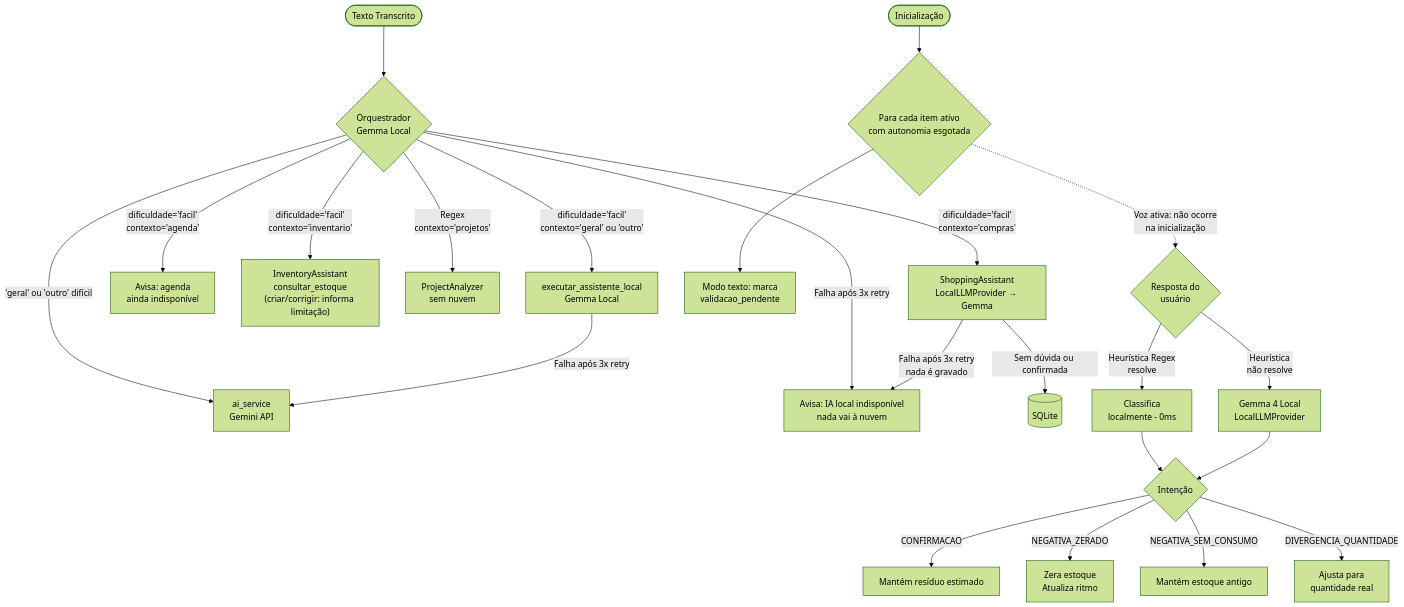
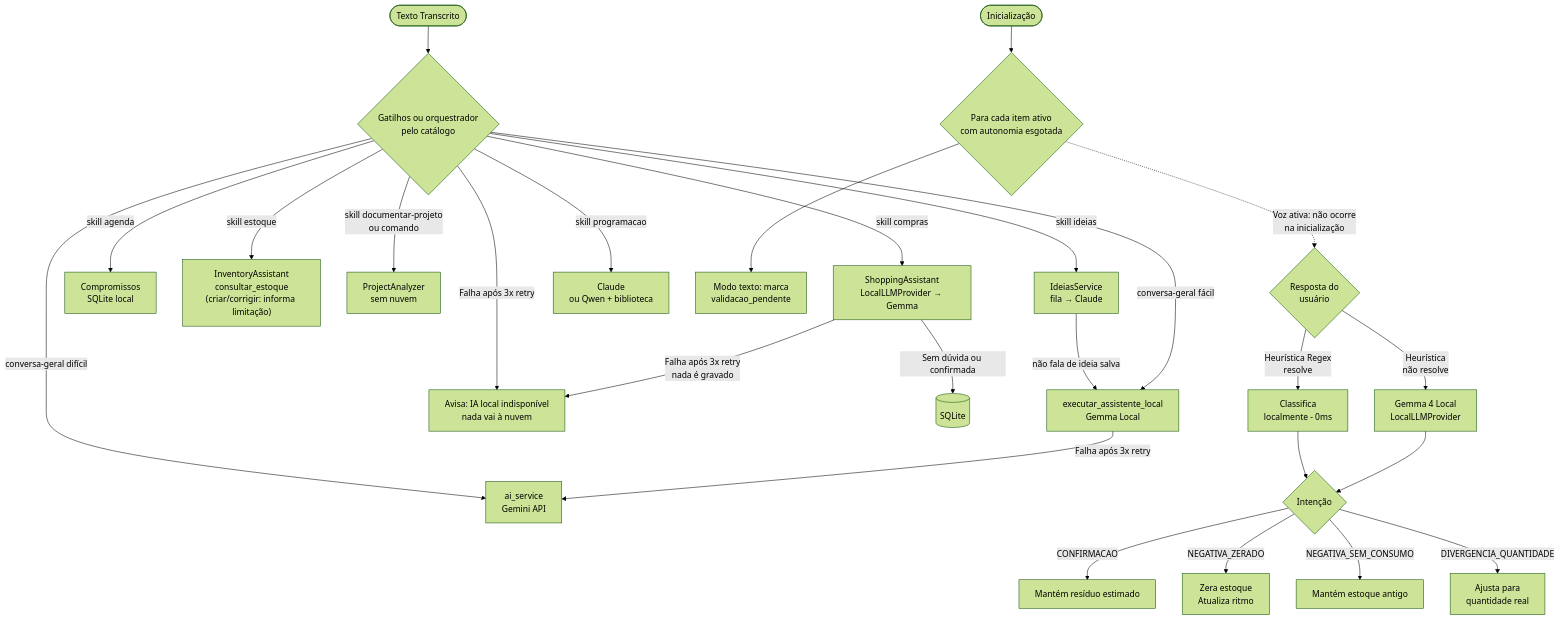
One commit to Felipe-Stu/assistente-domestico changed the sixth of 6 diagrams in Sobre a Versão/05 - Engenharia do Software.md. Above: the diagram before and after it, drawn with Mermaid (forest theme). The commit also changed other lines of this file and 7 other files, not shown here.

````diff
--- a/Sobre a Versão/05 - Engenharia do Software.md
+++ b/Sobre a Versão/05 - Engenharia do Software.md
@@ -220,28 +280,31 @@
 ```mermaid
 flowchart TD
-    START([Texto Transcrito]) --> ORCH{Orquestrador\nGemma Local}
+    START([Texto Transcrito]) --> ORCH{Gatilhos ou orquestrador\npelo catálogo}
 
-    ORCH -->|dificuldade='facil'\ncontexto='compras'| COMP[ShoppingAssistant\nLocalLLMProvider → Gemma]
-    ORCH -->|dificuldade='facil'\ncontexto='agenda'| AGENDA[Avisa: agenda\nainda indisponível]
-    ORCH -->|dificuldade='facil'\ncontexto='inventario'| INVENT["InventoryAssistant\nconsultar_estoque\n(criar/corrigir: informa limitação)"]
-    ORCH -->|Regex\ncontexto='projetos'| PROJ[ProjectAnalyzer\nsem nuvem]
-    ORCH -->|dificuldade='facil'\ncontexto='geral' ou 'outro'| OUTRO[executar_assistente_local\nGemma Local]
-    ORCH -->|'geral' ou 'outro' difícil| NUVEM[ai_service\nGemini API]
+    ORCH -->|skill compras| COMP[ShoppingAssistant\nLocalLLMProvider → Gemma]
+    ORCH -->|skill agenda| AGENDA[Compromissos\nSQLite local]
+    ORCH -->|skill estoque| INVENT["InventoryAssistant\nconsultar_estoque\n(criar/corrigir: informa limitação)"]
+    ORCH -->|skill documentar-projeto\nou comando| PROJ[ProjectAnalyzer\nsem nuvem]
+    ORCH -->|skill ideias| IDEIA[IdeiasService\nfila → Claude]
+    IDEIA -->|não fala de ideia salva| OUTRO
+    ORCH -->|skill programacao| PROG[Claude\nou Qwen + biblioteca]
+    ORCH -->|conversa-geral fácil| OUTRO[executar_assistente_local\nGemma Local]
+    ORCH -->|conversa-geral difícil| NUVEM[ai_service\nGemini API]
     ORCH -->|Falha após 3x retry| AVISO[Avisa: IA local indisponível\nnada vai à nuvem]
     OUTRO -->|Falha após 3x retry| NUVEM
 
     COMP -->|Sem dúvida ou confirmada| DB[(SQLite)]
     COMP -->|Falha após 3x retry\nnada é gravado| AVISO
 
     INVENTORY_INIT([Inicialização]) --> VARR{Para cada item ativo\ncom autonomia esgotada}
     VARR --> PEND[Modo texto: marca\nvalidacao_pendente]
     VARR -.->|Voz ativa: não ocorre\nna inicialização| RESP{Resposta do\nusuário}
     RESP -->|Heurística Regex\nresolve| CLASS1[Classifica\nlocalmente - 0ms]
     RESP -->|Heurística\nnão resolve| CLASS2[Gemma 4 Local\nLocalLLMProvider]
     CLASS1 --> INT{Intenção}
     CLASS2 --> INT
     INT -->|CONFIRMACAO| CONF[Mantém resíduo estimado]
     INT -->|NEGATIVA_ZERADO| ZERO[Zera estoque\nAtualiza ritmo]
     INT -->|NEGATIVA_SEM_CONSUMO| INTACT[Mantém estoque antigo]
     INT -->|DIVERGENCIA_QUANTIDADE| DIV[Ajusta para\nquantidade real]
 ```
````
